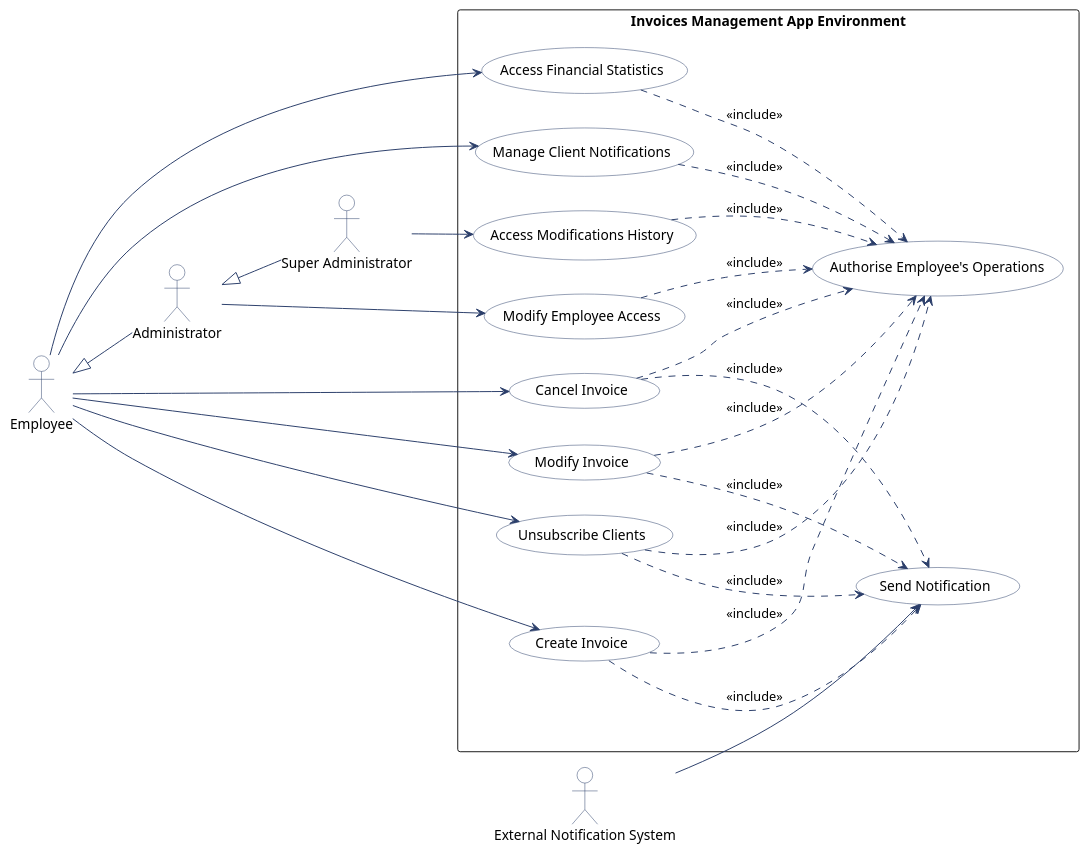
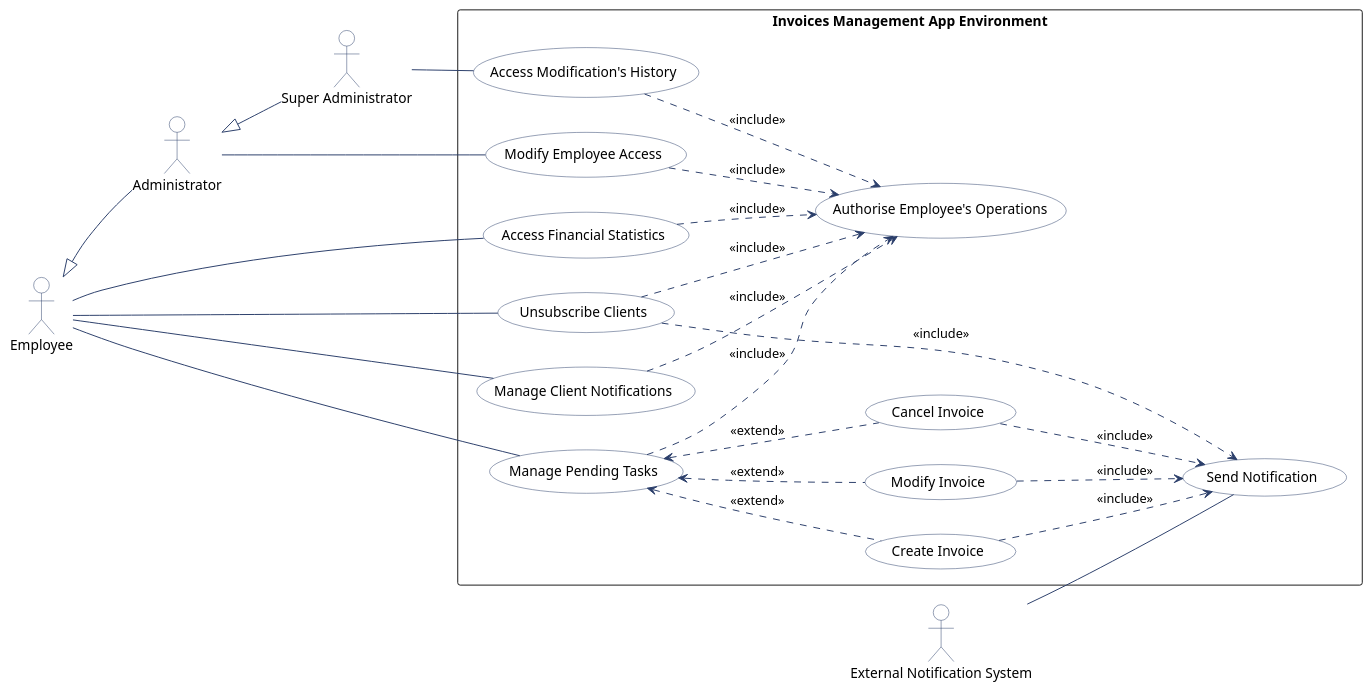
The diagram in use_case_diagram.pu (Navas05/ADA---Group-Project), drawn with PlantUML before and after one commit.

```diff
--- a/use_case_diagram.pu
+++ b/use_case_diagram.pu
@@ -1,94 +1,96 @@
 @startuml
 left to right direction
 
 ' Global settings
 skinparam shadowing false
 skinparam packageStyle rectangle
 
 ' Use Case styling
 skinparam usecase {
     BackgroundColor #FFFFFF
     BorderColor #2B3E6A
     FontColor #000000
 }
 
 ' Actor styling
 skinparam actor {
     BackgroundColor #FFFFFF
     BorderColor #2B3E6A
     FontColor #000000
 }
 
 ' Note styling
 skinparam note {
     BackgroundColor #FDE2B8
     BorderColor #2B3E6A
     FontColor #000000
 }
 
 ' Arrow styling
 skinparam arrow {
     Color #2B3E6A
 }
 
 '=== Actors ===
 ' Define your actors here (e.g., actor "Customer" as cust)
 actor "Employee" as employee
 actor "Administrator" as admin
 actor "Super Administrator" as super
 actor "External Notification System" as notification
 
 '=== System Boundary ===
 rectangle "Invoices Management App Environment" {
 
     '=== Use Cases ===
     ' Define your use cases here (e.g., usecase "Login" as UC1)
     usecase "Create Invoice" as UC1
     usecase "Modify Invoice" as UC2
     usecase "Cancel Invoice" as UC3
     usecase "Unsubscribe Clients" as UC4
     usecase "Access Financial Statistics" as UC5
     usecase "Manage Client Notifications" as UC6
 
     usecase "Modify Employee Access" as AC1
 
-    usecase "Access Modifications History" as SC1
+    usecase "Access Modification's History" as SC1
 
     usecase "Send Notification" as NC1
     
     usecase "Authorise Employee's Operations" as AuC1
+
+    usecase "Manage Pending Tasks" as PT1
 }
 
 '=== Relationships ===
 ' Connect actors to use cases or use cases to each other here
-employee --> UC1
-employee --> UC2
-employee --> UC3
-employee --> UC4
-employee --> UC5
-employee --> UC6
+employee -- PT1
+employee -- UC4
+employee -- UC5
+employee -- UC6
 
-admin --> AC1
+admin -- AC1
 
-super --> SC1
+super -- SC1
 
-notification --> NC1
+notification -- NC1
 
-UC1 ..> AuC1 : <<include>>
-UC2 ..> AuC1 : <<include>>
-UC3 ..> AuC1 : <<include>>
+PT1 <.. UC1 : <<extend>>
+PT1 <.. UC2 : <<extend>>
+PT1 <.. UC3 : <<extend>>
+
+PT1 ..> AuC1 : <<include>>
 UC4 ..> AuC1 : <<include>>
 UC5 ..> AuC1 : <<include>>
 UC6 ..> AuC1 : <<include>>
 AC1 ..> AuC1 : <<include>>
 SC1 ..> AuC1 : <<include>>
 
 UC1 ..> NC1 : <<include>>
 UC2 ..> NC1 : <<include>>
 UC3 ..> NC1 : <<include>>
 UC4 ..> NC1 : <<include>>
 
 employee <|-- admin
 admin <|-- super
 
 @enduml
```
